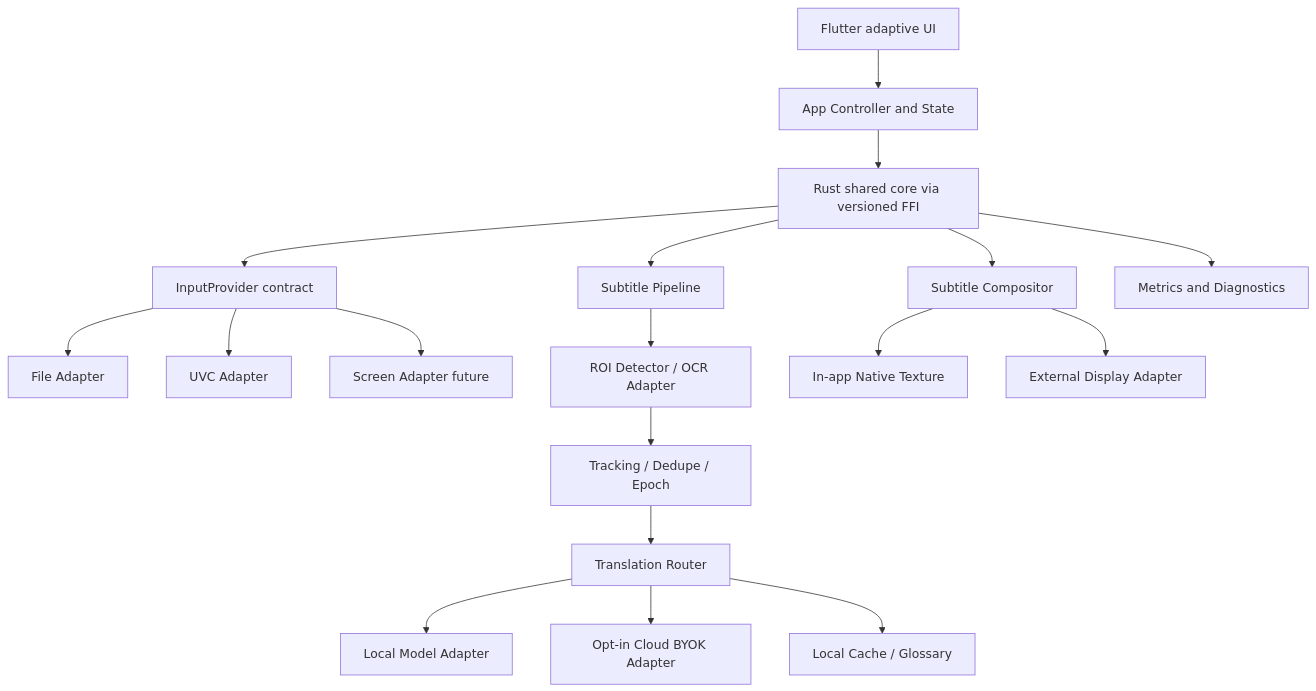
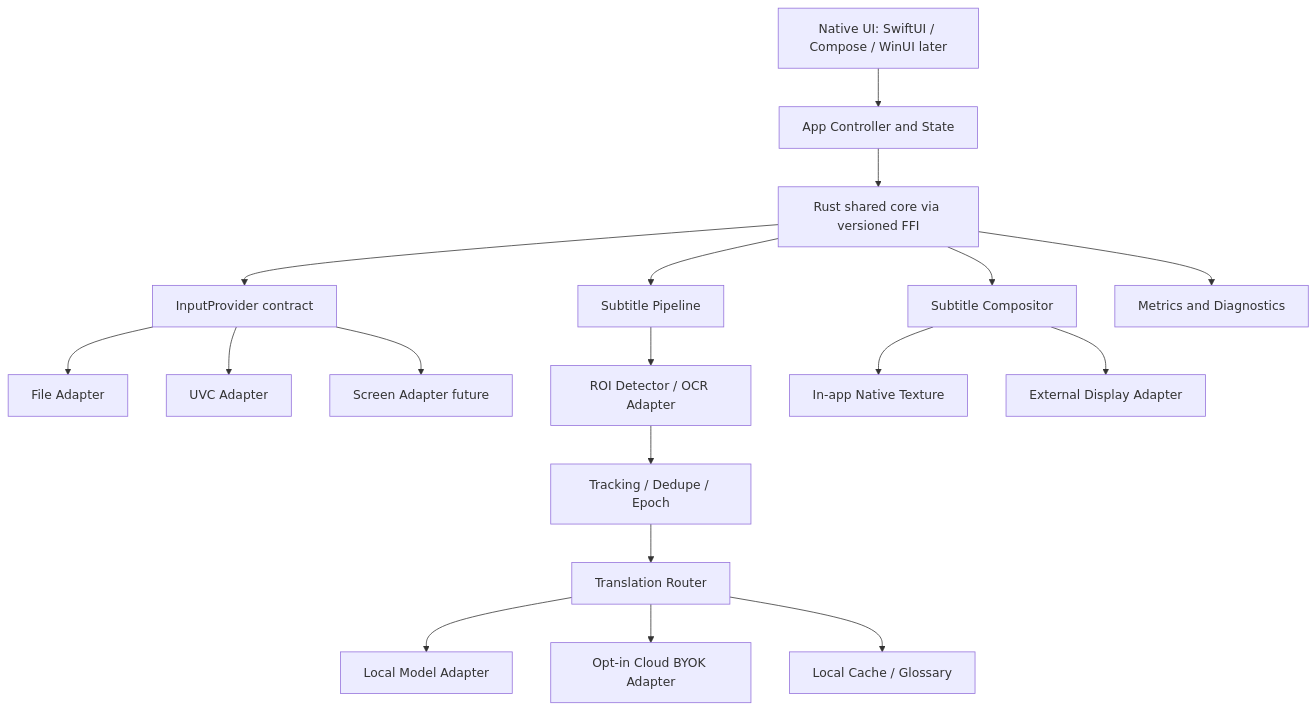
One commit to anuwat-topgun/AI-Vision changed the first of 2 diagrams in README.md. Above: the diagram before and after it, drawn with Mermaid. The commit also changed other lines of this file and 34 other files, not shown here.

First line of the commit message:
feat: native SwiftUI + Compose UI over Rust core via UniFFI (ADR-0006)

````diff
--- a/README.md
+++ b/README.md
@@ -161,20 +162,20 @@
 ```mermaid
 flowchart TD
-  A[Flutter adaptive UI] --> B[App Controller and State]
+  A[Native UI: SwiftUI / Compose / WinUI later] --> B[App Controller and State]
   B --> C[Rust shared core via versioned FFI]
   C --> D[InputProvider contract]
   D --> E[File Adapter]
   D --> F[UVC Adapter]
   D --> G[Screen Adapter future]
   C --> H[Subtitle Pipeline]
   H --> I[ROI Detector / OCR Adapter]
   I --> J[Tracking / Dedupe / Epoch]
   J --> K[Translation Router]
   K --> L[Local Model Adapter]
   K --> M[Opt-in Cloud BYOK Adapter]
   K --> N[Local Cache / Glossary]
   C --> O[Subtitle Compositor]
   O --> P[In-app Native Texture]
   O --> Q[External Display Adapter]
   C --> R[Metrics and Diagnostics]
 ```
````
